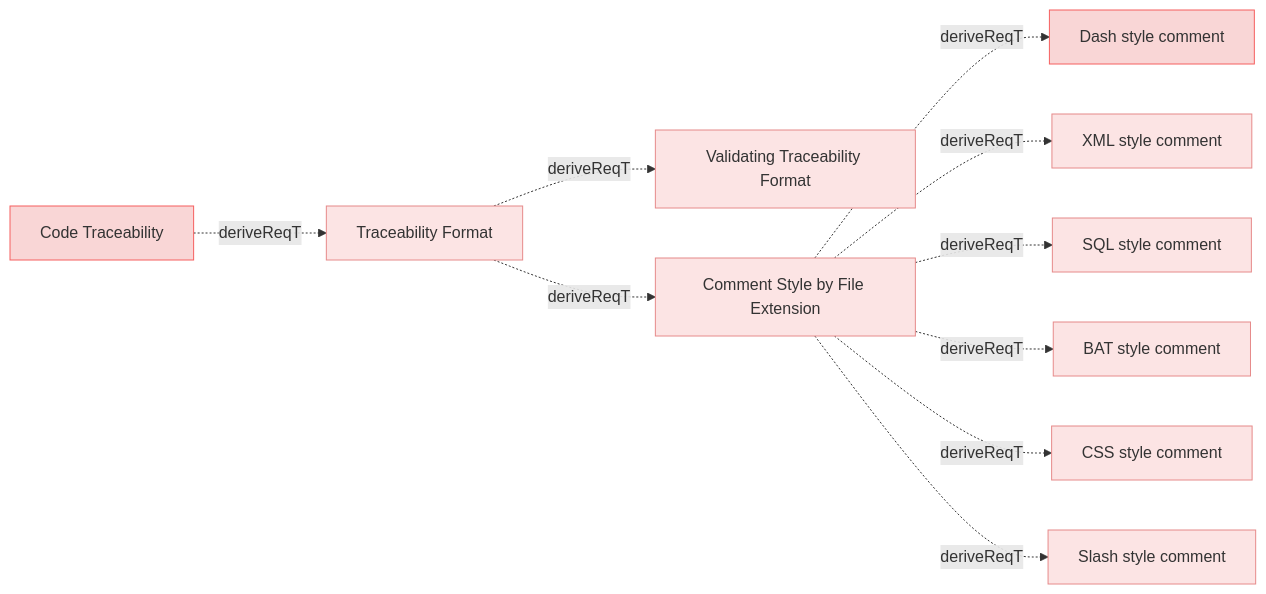
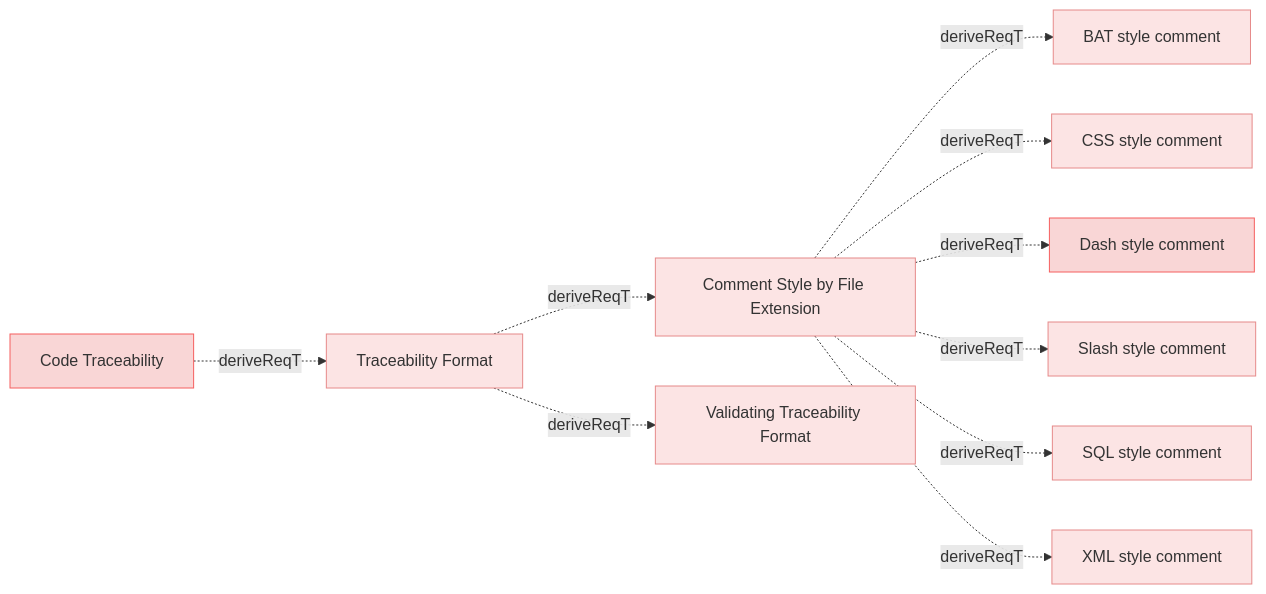
Before and after one commit to reqvire-org/reqvire: the diagram in specifications/CodeTraecabilityRequirements.md, drawn with Mermaid. The commit also changed other lines of this file and 45 other files, not shown here.

````diff
--- a/specifications/CodeTraecabilityRequirements.md
+++ b/specifications/CodeTraecabilityRequirements.md
@@ -4,49 +4,49 @@
 ```mermaid
 graph LR;
   %% REQVIRE-AUTOGENERATED-DIAGRAM
   %% Graph styling
   classDef userRequirement fill:#f9d6d6,stroke:#f55f5f,stroke-width:1px;
   classDef systemRequirement fill:#fce4e4,stroke:#e68a8a,stroke-width:1px;
   classDef verification fill:#d6f9d6,stroke:#5fd75f,stroke-width:1px;
   classDef default fill:#f5f5f5,stroke:#333333,stroke-width:1px;
 
-  be41c3d9e39abe6f["Dash style comment"];
-  class be41c3d9e39abe6f userRequirement;
-  click be41c3d9e39abe6f "CodeTraecabilityRequirements.md#dash-style-comment";
-  9314736a59776478["Traceability Format"];
-  class 9314736a59776478 systemRequirement;
-  click 9314736a59776478 "CodeTraecabilityRequirements.md#traceability-format";
-  3db41d3530e56596["Validating Traceability Format"];
-  class 3db41d3530e56596 systemRequirement;
-  click 3db41d3530e56596 "CodeTraecabilityRequirements.md#validating-traceability-format";
-  9314736a59776478 -.->|deriveReqT| 3db41d3530e56596;
+  7fdde6a23819450b["BAT style comment"];
+  class 7fdde6a23819450b systemRequirement;
+  click 7fdde6a23819450b "CodeTraecabilityRequirements.md#bat-style-comment";
   f4c09ad7359812ff["Comment Style by File Extension"];
   class f4c09ad7359812ff systemRequirement;
   click f4c09ad7359812ff "CodeTraecabilityRequirements.md#comment-style-by-file-extension";
-  9314736a59776478 -.->|deriveReqT| f4c09ad7359812ff;
-  474c97b7d0029622["XML style comment"];
-  class 474c97b7d0029622 systemRequirement;
-  click 474c97b7d0029622 "CodeTraecabilityRequirements.md#xml-style-comment";
-  39fc946195c12956["SQL style comment"];
-  class 39fc946195c12956 systemRequirement;
-  click 39fc946195c12956 "CodeTraecabilityRequirements.md#sql-style-comment";
-  7fdde6a23819450b["BAT style comment"];
-  class 7fdde6a23819450b systemRequirement;
-  click 7fdde6a23819450b "CodeTraecabilityRequirements.md#bat-style-comment";
-  f4c09ad7359812ff -.->|deriveReqT| be41c3d9e39abe6f;
-  f4c09ad7359812ff -.->|deriveReqT| 474c97b7d0029622;
-  f4c09ad7359812ff -.->|deriveReqT| 39fc946195c12956;
   f4c09ad7359812ff -.->|deriveReqT| 7fdde6a23819450b;
   a91fc474f292f1c9["CSS style comment"];
   class a91fc474f292f1c9 systemRequirement;
   click a91fc474f292f1c9 "CodeTraecabilityRequirements.md#css-style-comment";
   f4c09ad7359812ff -.->|deriveReqT| a91fc474f292f1c9;
+  be41c3d9e39abe6f["Dash style comment"];
+  class be41c3d9e39abe6f userRequirement;
+  click be41c3d9e39abe6f "CodeTraecabilityRequirements.md#dash-style-comment";
+  f4c09ad7359812ff -.->|deriveReqT| be41c3d9e39abe6f;
   99c4cc438042d855["Slash style comment"];
   class 99c4cc438042d855 systemRequirement;
   click 99c4cc438042d855 "CodeTraecabilityRequirements.md#slash-style-comment";
   f4c09ad7359812ff -.->|deriveReqT| 99c4cc438042d855;
+  39fc946195c12956["SQL style comment"];
+  class 39fc946195c12956 systemRequirement;
+  click 39fc946195c12956 "CodeTraecabilityRequirements.md#sql-style-comment";
+  f4c09ad7359812ff -.->|deriveReqT| 39fc946195c12956;
+  474c97b7d0029622["XML style comment"];
+  class 474c97b7d0029622 systemRequirement;
+  click 474c97b7d0029622 "CodeTraecabilityRequirements.md#xml-style-comment";
+  f4c09ad7359812ff -.->|deriveReqT| 474c97b7d0029622;
+  9314736a59776478["Traceability Format"];
+  class 9314736a59776478 systemRequirement;
+  click 9314736a59776478 "CodeTraecabilityRequirements.md#traceability-format";
+  9314736a59776478 -.->|deriveReqT| f4c09ad7359812ff;
+  3db41d3530e56596["Validating Traceability Format"];
+  class 3db41d3530e56596 systemRequirement;
+  click 3db41d3530e56596 "CodeTraecabilityRequirements.md#validating-traceability-format";
+  9314736a59776478 -.->|deriveReqT| 3db41d3530e56596;
   26ca72b617aff229["Code Traceability"];
   class 26ca72b617aff229 userRequirement;
   click 26ca72b617aff229 "UserRequirements.md#code-traceability";
   26ca72b617aff229 -.->|deriveReqT| 9314736a59776478;
 ```
````
